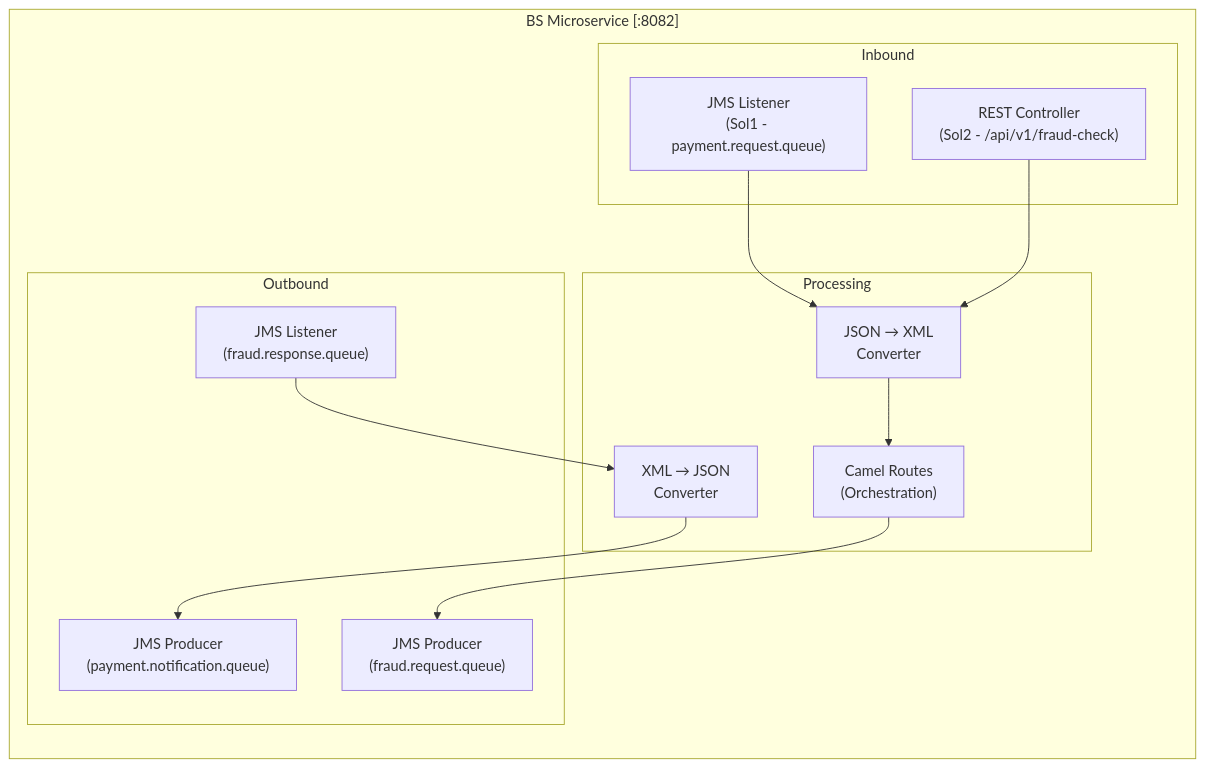
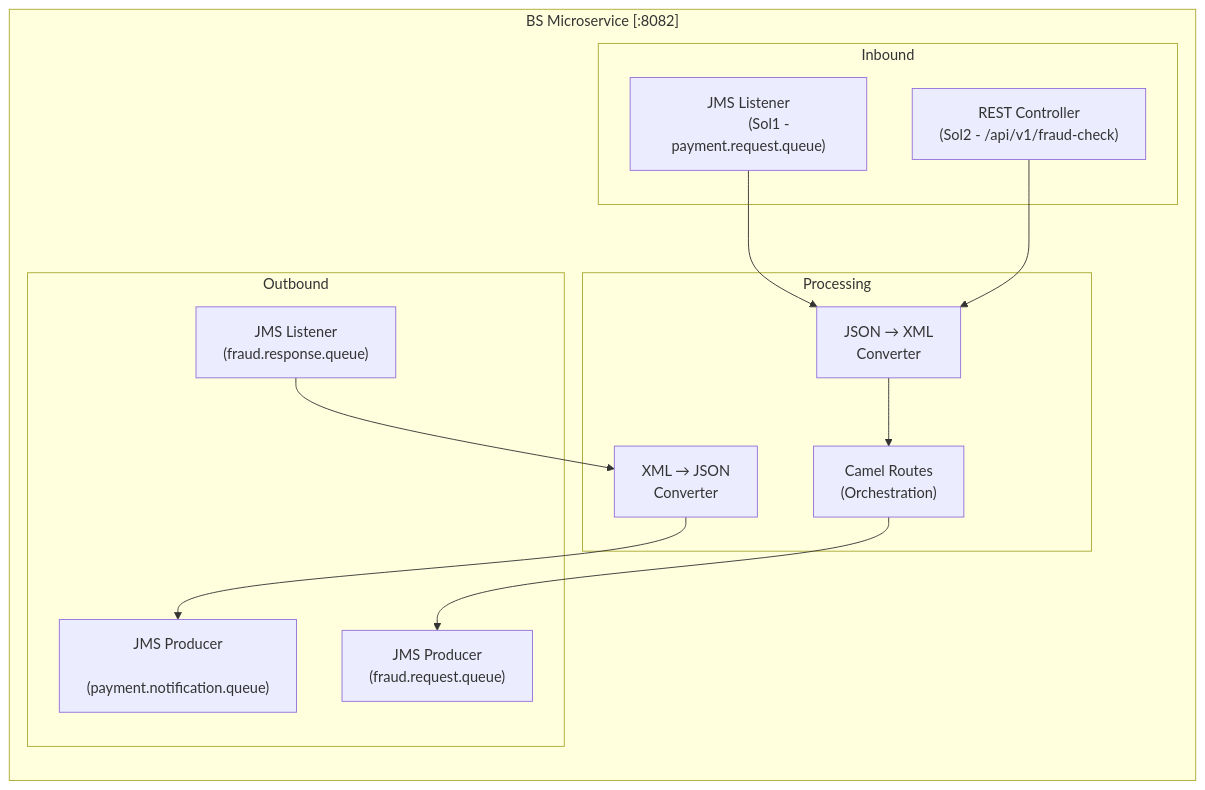
One commit to jayy2kok/poc-ip changed the third of 12 diagrams in docs/architecture.md. Above: the diagram before and after it, drawn with Mermaid. The commit also changed other lines of this file and 1 other file, not shown here.

Commit message:
Updated the diagrams for better visibility

````diff
--- a/docs/architecture.md
+++ b/docs/architecture.md
@@ -126,30 +140,38 @@
 ```mermaid
 graph TB
     subgraph "BS Microservice [:8082]"
         direction TB
 
         subgraph "Inbound"
-            JMS_IN["JMS Listener\n(Sol1 - payment.request.queue)"]
-            REST_IN["REST Controller\n(Sol2 - /api/v1/fraud-check)"]
+            JMS_IN["JMS Listener
+            (Sol1 - payment.request.queue)"]
+            REST_IN["REST Controller
+            (Sol2 - /api/v1/fraud-check)"]
         end
 
         subgraph "Processing"
-            J2X["JSON → XML\nConverter"]
-            X2J["XML → JSON\nConverter"]
-            ROUTE["Camel Routes\n(Orchestration)"]
+            J2X["JSON → XML
+            Converter"]
+            X2J["XML → JSON
+            Converter"]
+            ROUTE["Camel Routes
+            (Orchestration)"]
         end
 
         subgraph "Outbound"
-            FCS_OUT["JMS Producer\n(fraud.request.queue)"]
-            FCS_IN["JMS Listener\n(fraud.response.queue)"]
-            PPS_OUT["JMS Producer\n(payment.notification.queue)"]
+            FCS_OUT["JMS Producer
+            (fraud.request.queue)"]
+            FCS_IN["JMS Listener
+            (fraud.response.queue)"]
+            PPS_OUT["JMS Producer
+            (payment.notification.queue)"]
         end
     end
 
     JMS_IN --> J2X
     REST_IN --> J2X
     J2X --> ROUTE
     ROUTE --> FCS_OUT
     FCS_IN --> X2J
     X2J --> PPS_OUT
 ```
````
